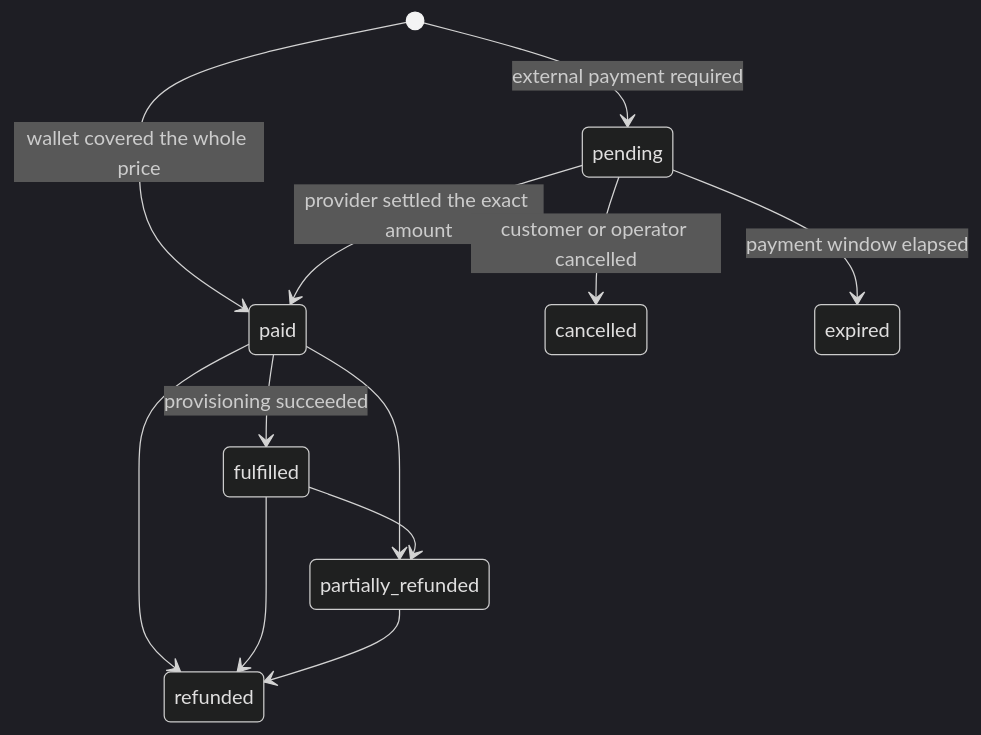
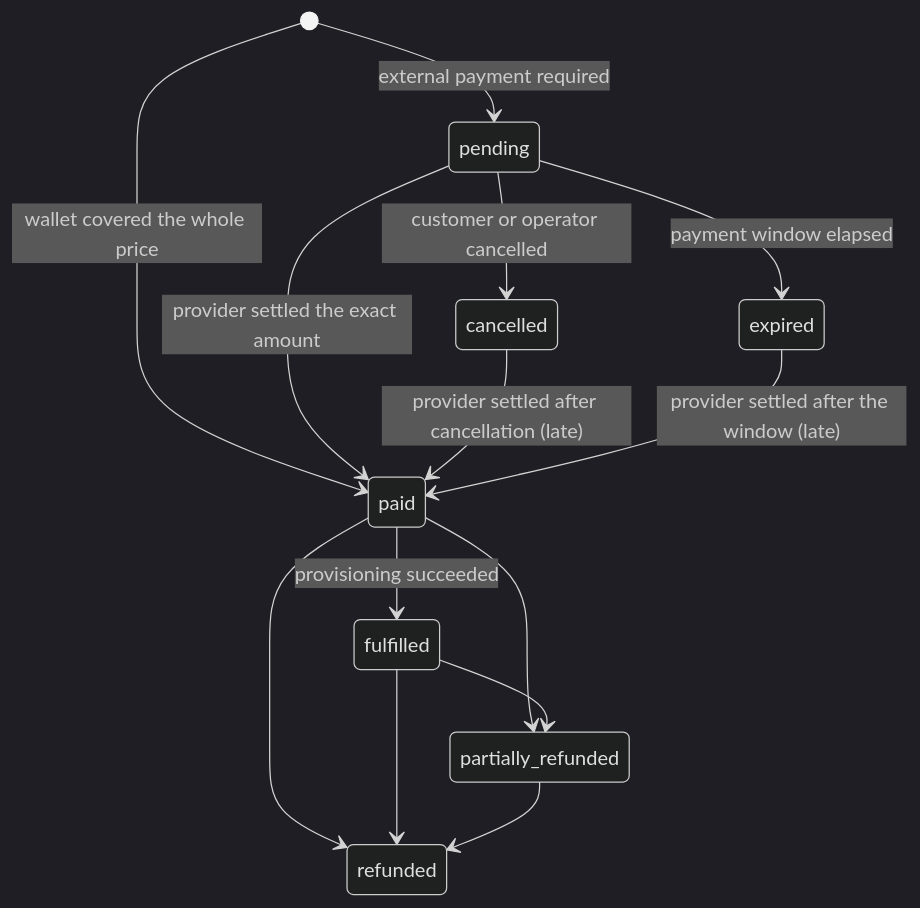
Before and after one commit to kewldan/omniflow: the diagram in docs/commerce/orders-payments.mdx, drawn with Mermaid (dark theme). The commit also changed other lines of this file and 11 other files, not shown here.

````diff
--- a/docs/commerce/orders-payments.mdx
+++ b/docs/commerce/orders-payments.mdx
@@ -57,14 +57,16 @@
 ```mermaid
 stateDiagram-v2
     [*] --> pending: external payment required
     [*] --> paid: wallet covered the whole price
     pending --> paid: provider settled the exact amount
     pending --> cancelled: customer or operator cancelled
     pending --> expired: payment window elapsed
+    cancelled --> paid: provider settled after cancellation (late)
+    expired --> paid: provider settled after the window (late)
     paid --> fulfilled: provisioning succeeded
     paid --> partially_refunded
     paid --> refunded
     fulfilled --> partially_refunded
     fulfilled --> refunded
     partially_refunded --> refunded
 ```
````
